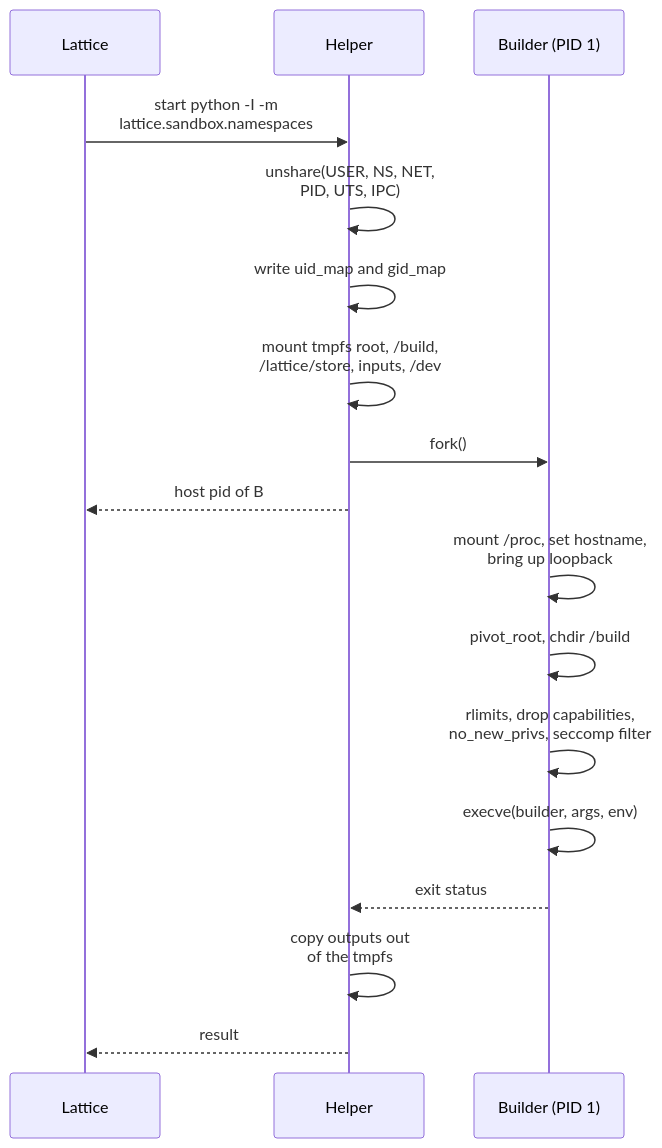
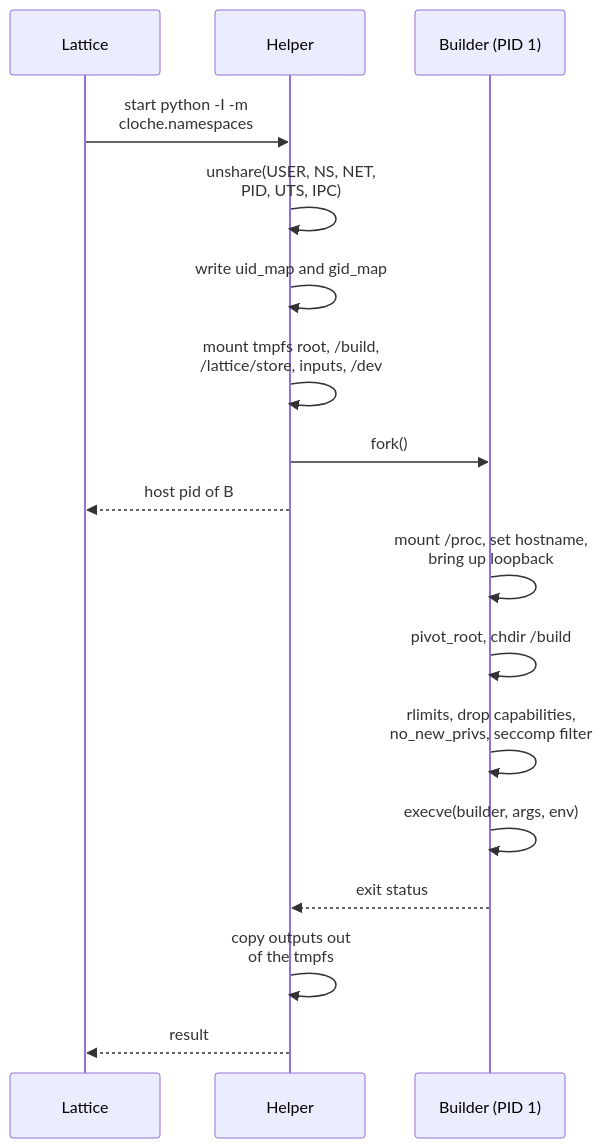
The third of 3 diagrams in docs/rfc/0001-pyrixos-architecture.md (PacketFive/PyrixOS), drawn with Mermaid before and after one commit. The commit also changed other lines of this file and 6 other files, not shown here.

````diff
--- a/docs/rfc/0001-pyrixos-architecture.md
+++ b/docs/rfc/0001-pyrixos-architecture.md
@@ -416,28 +418,28 @@
 ```mermaid
 ---
 config:
   themeVariables:
     fontSize: 16px
   flowchart:
     useMaxWidth: false
   sequence:
     useMaxWidth: false
 ---
 sequenceDiagram
     participant L as Lattice
     participant C as Helper
     participant B as Builder (PID 1)
-    L->>C: start python -I -m<br/>lattice.sandbox.namespaces
+    L->>C: start python -I -m<br/>cloche.namespaces
     C->>C: unshare(USER, NS, NET,<br/>PID, UTS, IPC)
     C->>C: write uid_map and gid_map
     C->>C: mount tmpfs root, /build,<br/>/lattice/store, inputs, /dev
     C->>B: fork()
     C-->>L: host pid of B
     B->>B: mount /proc, set hostname,<br/>bring up loopback
     B->>B: pivot_root, chdir /build
     B->>B: rlimits, drop capabilities,<br/>no_new_privs, seccomp filter
     B->>B: execve(builder, args, env)
     B-->>C: exit status
     C->>C: copy outputs out<br/>of the tmpfs
     C-->>L: result
 ```
````
